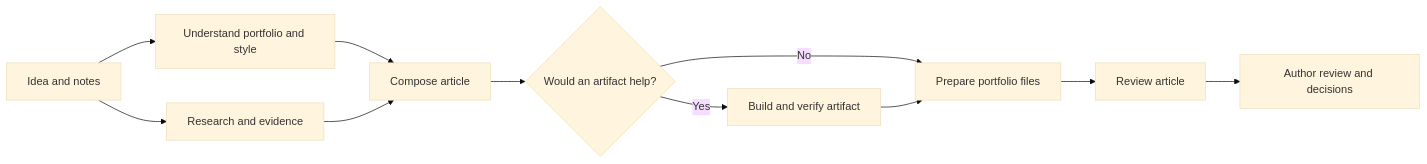
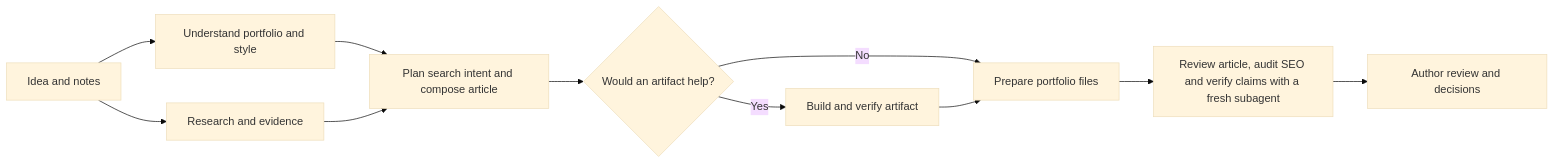
One commit to sushilburagute/research-kit changed the first of 2 diagrams in README.md. Above: the diagram before and after it, drawn with Mermaid (base theme). The commit also changed other lines of this file and 19 other files, not shown here.

````diff
--- a/README.md
+++ b/README.md
@@ -45,13 +47,13 @@
 ```mermaid
 flowchart LR
     Idea["Idea and notes"] --> Context["Understand portfolio and style"]
     Idea --> Research["Research and evidence"]
-    Context --> Draft["Compose article"]
+    Context --> Draft["Plan search intent and compose article"]
     Research --> Draft
     Draft --> Artifacts{"Would an artifact help?"}
     Artifacts -->|Yes| Build["Build and verify artifact"]
     Artifacts -->|No| Integrate["Prepare portfolio files"]
     Build --> Integrate
-    Integrate --> Review["Review article"]
+    Integrate --> Review["Review article, audit SEO and verify claims with a fresh subagent"]
     Review --> Author["Author review and decisions"]
 ```
````
